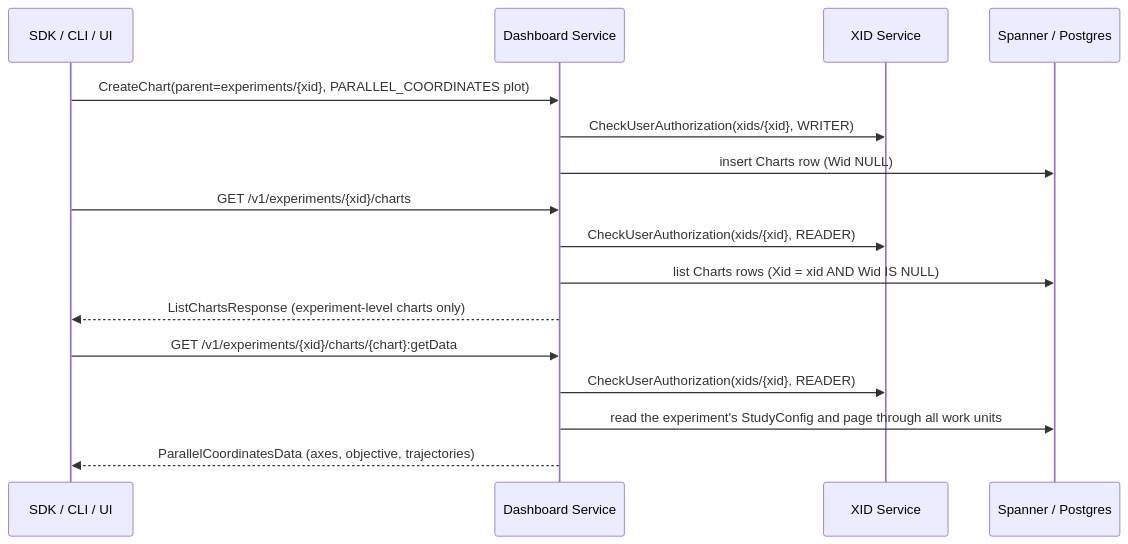
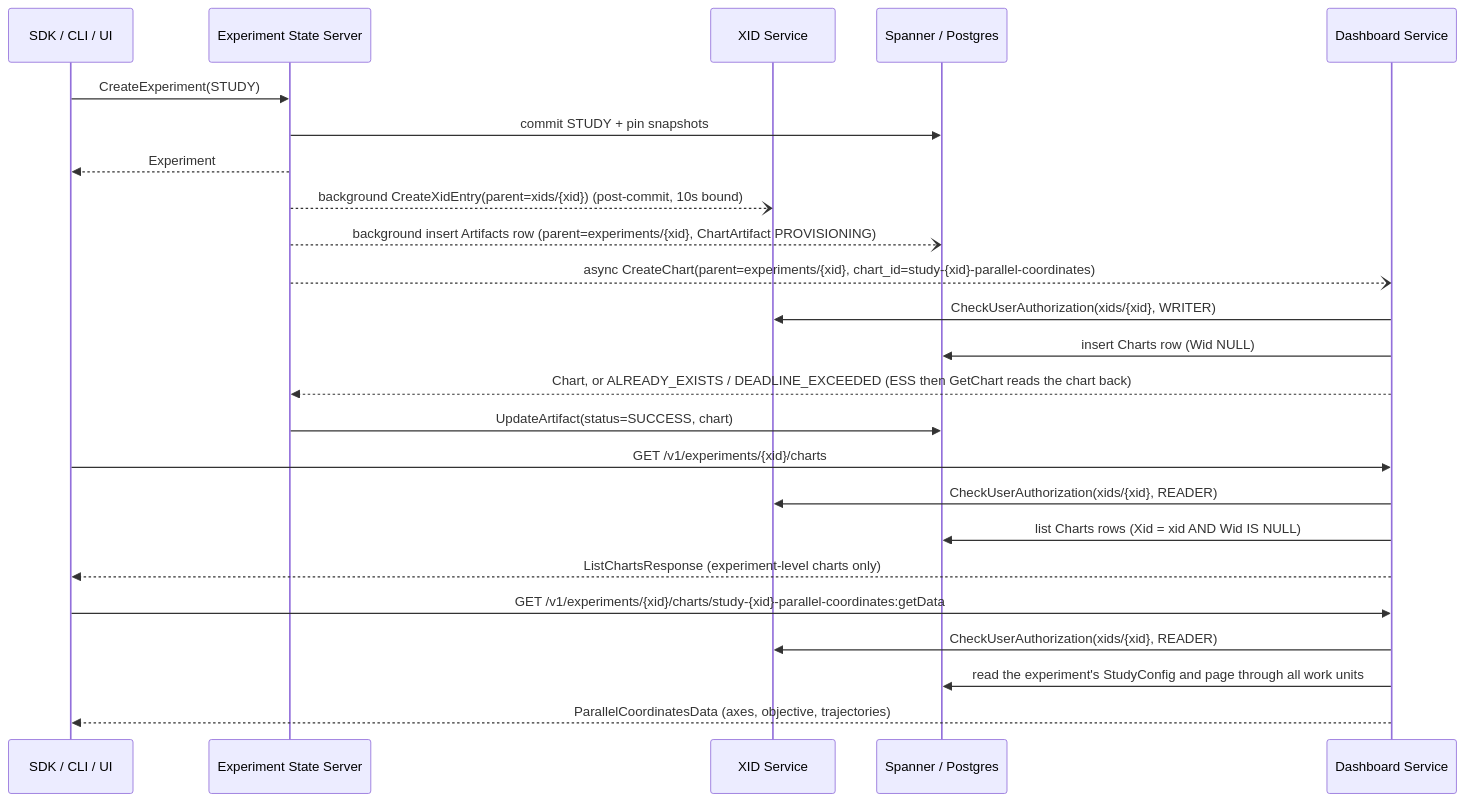
Before and after one commit to google/xmc: the third of 3 diagrams in docs/flows/study_lifecycle.md, drawn with Mermaid. The commit also changed other lines of this file and 22 other files, not shown here.

First line of the commit message:
feat(ess): provision study parallel-coordinates chart on STUDY creation

````diff
--- a/docs/flows/study_lifecycle.md
+++ b/docs/flows/study_lifecycle.md
@@ -158,19 +164,27 @@
 ```mermaid
 sequenceDiagram
     participant Client as SDK / CLI / UI
-    participant DS as Dashboard Service
+    participant ESS as Experiment State Server
     participant XID as XID Service
     participant DB as Spanner / Postgres
+    participant DS as Dashboard Service
 
-    Client->>DS: CreateChart(parent=experiments/{xid}, PARALLEL_COORDINATES plot)
+    Client->>ESS: CreateExperiment(STUDY)
+    ESS->>DB: commit STUDY + pin snapshots
+    ESS-->>Client: Experiment
+    ESS--)XID: background CreateXidEntry(parent=xids/{xid}) (post-commit, 10s bound)
+    ESS--)DB: background insert Artifacts row (parent=experiments/{xid}, ChartArtifact PROVISIONING)
+    ESS--)DS: async CreateChart(parent=experiments/{xid}, chart_id=study-{xid}-parallel-coordinates)
     DS->>XID: CheckUserAuthorization(xids/{xid}, WRITER)
     DS->>DB: insert Charts row (Wid NULL)
+    DS-->>ESS: Chart, or ALREADY_EXISTS / DEADLINE_EXCEEDED (ESS then GetChart reads the chart back)
+    ESS->>DB: UpdateArtifact(status=SUCCESS, chart)
     Client->>DS: GET /v1/experiments/{xid}/charts
     DS->>XID: CheckUserAuthorization(xids/{xid}, READER)
     DS->>DB: list Charts rows (Xid = xid AND Wid IS NULL)
     DS-->>Client: ListChartsResponse (experiment-level charts only)
-    Client->>DS: GET /v1/experiments/{xid}/charts/{chart}:getData
+    Client->>DS: GET /v1/experiments/{xid}/charts/study-{xid}-parallel-coordinates:getData
     DS->>XID: CheckUserAuthorization(xids/{xid}, READER)
     DS->>DB: read the experiment's StudyConfig and page through all work units
     DS-->>Client: ParallelCoordinatesData (axes, objective, trajectories)
 ```
````
